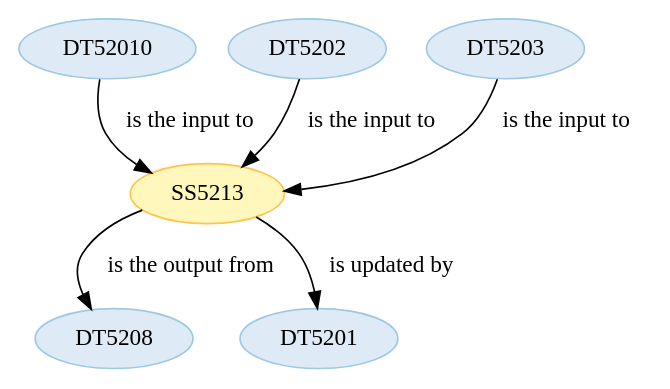
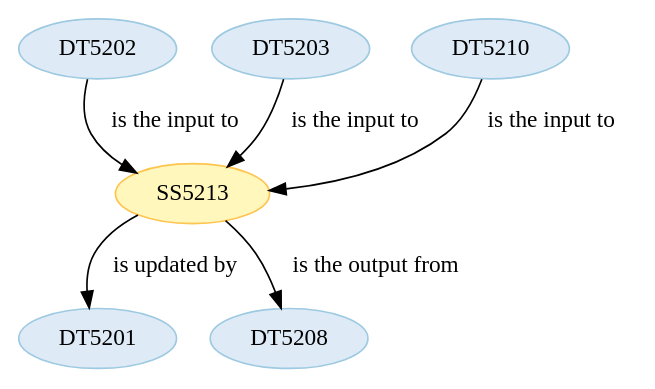
The diagram in wf5201/ST520113.dot (Marco-Salvi/cwl-test), drawn with Graphviz before and after one commit. The commit also changed 24 other files, not shown here.

```diff
--- a/wf5201/ST520113.dot
+++ b/wf5201/ST520113.dot
@@ -1,26 +1,26 @@
 strict digraph {
 
-
-	"DT5208" [ color="2", colorscheme="blues3", fillcolor="1", style="filled",  weight=0 ];
 
 	"SS5213" [ color="2", colorscheme="ylorbr3", fillcolor="1", style="filled",  weight=0 ];
 
 	"SS5213" -> "DT5201" [ label="is updated by", labeltooltip="DT5201 - is updated by - SS5213",  weight=0 ];
 
 	"SS5213" -> "DT5208" [ label="is the output from", labeltooltip="DT5208 - is the output from - SS5213",  weight=0 ];
 
 	"DT5201" [ color="2", colorscheme="blues3", fillcolor="1", style="filled",  weight=0 ];
 
-	"DT52010" [ color="2", colorscheme="blues3", fillcolor="1", style="filled",  weight=0 ];
-
-	"DT52010" -> "SS5213" [ label="is the input to", labeltooltip="DT52010 - is the input to - SS5213",  weight=0 ];
-
 	"DT5202" [ color="2", colorscheme="blues3", fillcolor="1", style="filled",  weight=0 ];
 
 	"DT5202" -> "SS5213" [ label="is the input to", labeltooltip="DT5202 - is the input to - SS5213",  weight=0 ];
 
 	"DT5203" [ color="2", colorscheme="blues3", fillcolor="1", style="filled",  weight=0 ];
 
 	"DT5203" -> "SS5213" [ label="is the input to", labeltooltip="DT5203 - is the input to - SS5213",  weight=0 ];
 
+	"DT5208" [ color="2", colorscheme="blues3", fillcolor="1", style="filled",  weight=0 ];
+
+	"DT5210" [ color="2", colorscheme="blues3", fillcolor="1", style="filled",  weight=0 ];
+
+	"DT5210" -> "SS5213" [ label="is the input to", labeltooltip="DT5210 - is the input to - SS5213",  weight=0 ];
+
 }
```
